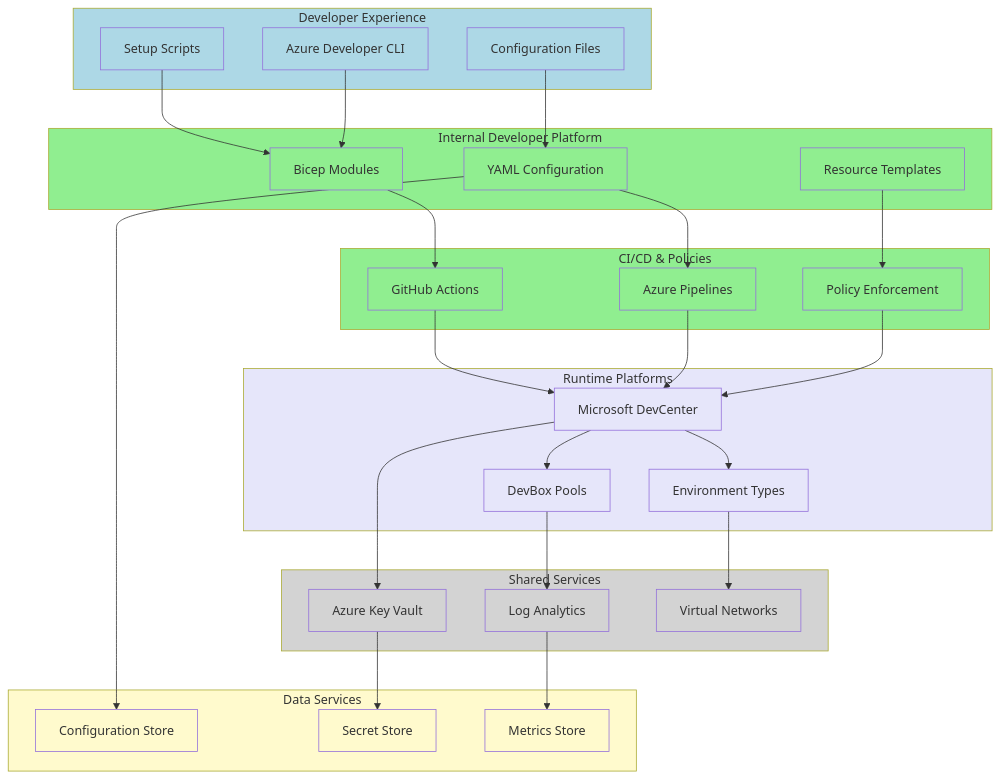
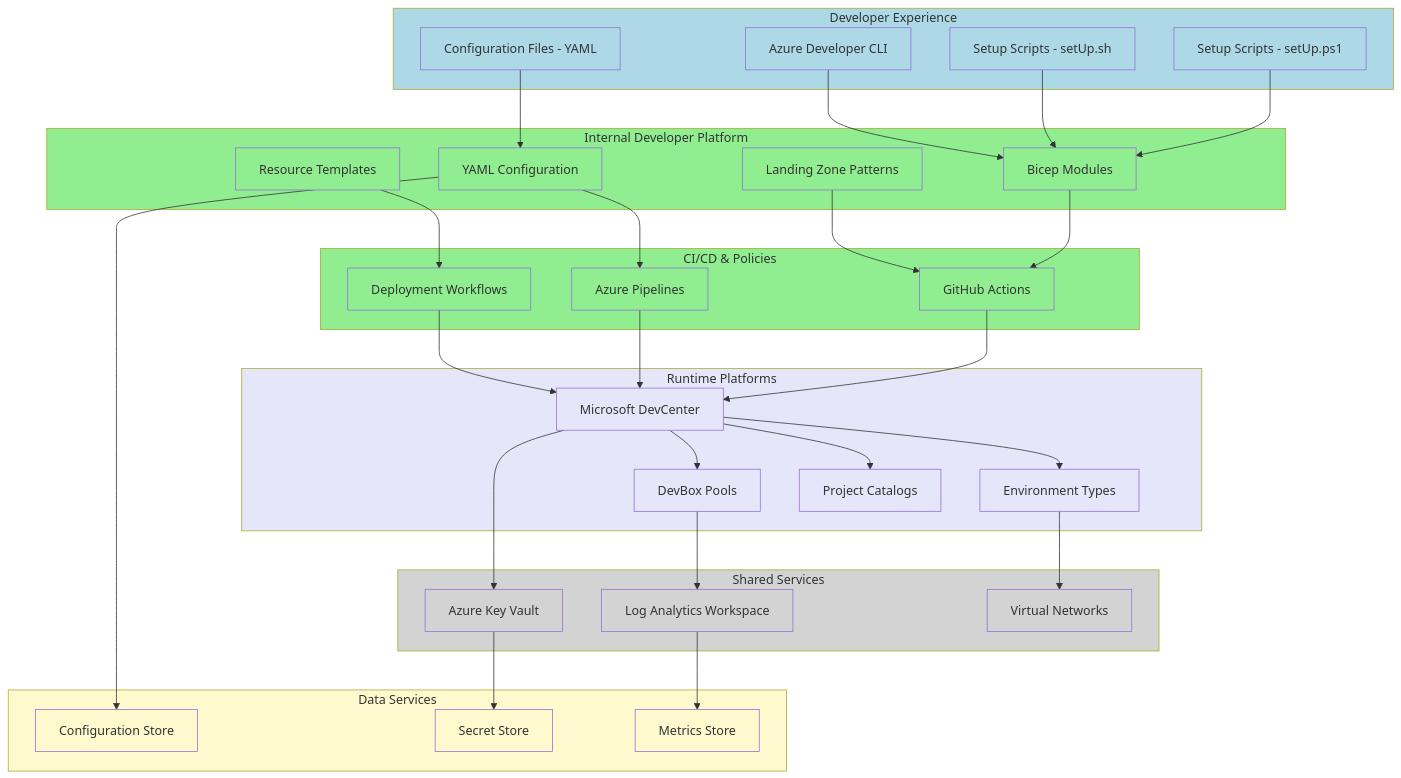
Before and after one commit to Evilazaro/DevExp-DevBox: the sixth of 6 diagrams in README.md, drawn with Mermaid. The commit also changed other lines of this file, not shown here.

````diff
--- a/README.md
+++ b/README.md
@@ -380,32 +477,35 @@
 ```mermaid
 flowchart TB
     subgraph Developers[Developer Experience]
-        D1[Setup Scripts]
-        D2[Configuration Files]
-        D3[Azure Developer CLI]
+        D1[Setup Scripts - setUp.ps1]
+        D2[Setup Scripts - setUp.sh]
+        D3[Configuration Files - YAML]
+        D4[Azure Developer CLI]
     end
     
     subgraph IDP[Internal Developer Platform]
         IDP1[Bicep Modules]
         IDP2[YAML Configuration]
         IDP3[Resource Templates]
+        IDP4[Landing Zone Patterns]
     end
     
     subgraph CICD[CI/CD & Policies]
         CI1[GitHub Actions]
         CI2[Azure Pipelines]
-        CI3[Policy Enforcement]
+        CI3[Deployment Workflows]
     end
     
     subgraph Runtime[Runtime Platforms]
         RT1[Microsoft DevCenter]
         RT2[DevBox Pools]
         RT3[Environment Types]
+        RT4[Project Catalogs]
     end
     
     subgraph Shared[Shared Services]
         SH1[Azure Key Vault]
-        SH2[Log Analytics]
+        SH2[Log Analytics Workspace]
         SH3[Virtual Networks]
     end
     
@@ -416,12 +516,14 @@
     end
     
     D1 --> IDP1
-    D2 --> IDP2
-    D3 --> IDP1
+    D2 --> IDP1
+    D3 --> IDP2
+    D4 --> IDP1
     
     IDP1 --> CI1
     IDP2 --> CI2
     IDP3 --> CI3
+    IDP4 --> CI1
     
     CI1 --> RT1
     CI2 --> RT1
@@ -429,6 +531,7 @@
     
     RT1 --> RT2
     RT1 --> RT3
+    RT1 --> RT4
     
     RT1 --> SH1
     RT2 --> SH2
@@ -447,15 +550,18 @@
     style D1 fill:#ADD8E6
     style D2 fill:#ADD8E6
     style D3 fill:#ADD8E6
+    style D4 fill:#ADD8E6
     style IDP1 fill:#90EE90
     style IDP2 fill:#90EE90
     style IDP3 fill:#90EE90
+    style IDP4 fill:#90EE90
     style CI1 fill:#90EE90
     style CI2 fill:#90EE90
     style CI3 fill:#90EE90
     style RT1 fill:#E6E6FA
     style RT2 fill:#E6E6FA
     style RT3 fill:#E6E6FA
+    style RT4 fill:#E6E6FA
     style SH1 fill:#D3D3D3
     style SH2 fill:#D3D3D3
     style SH3 fill:#D3D3D3
````
